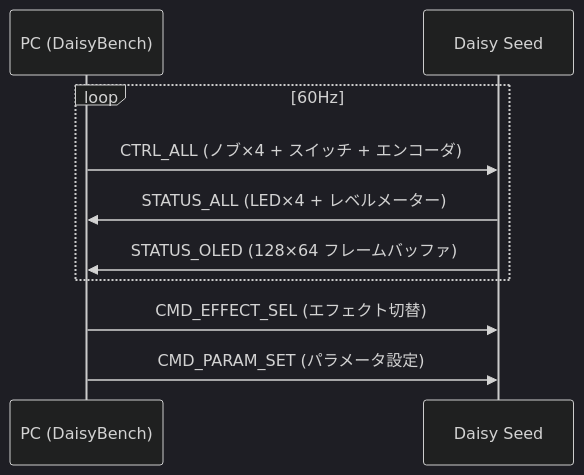
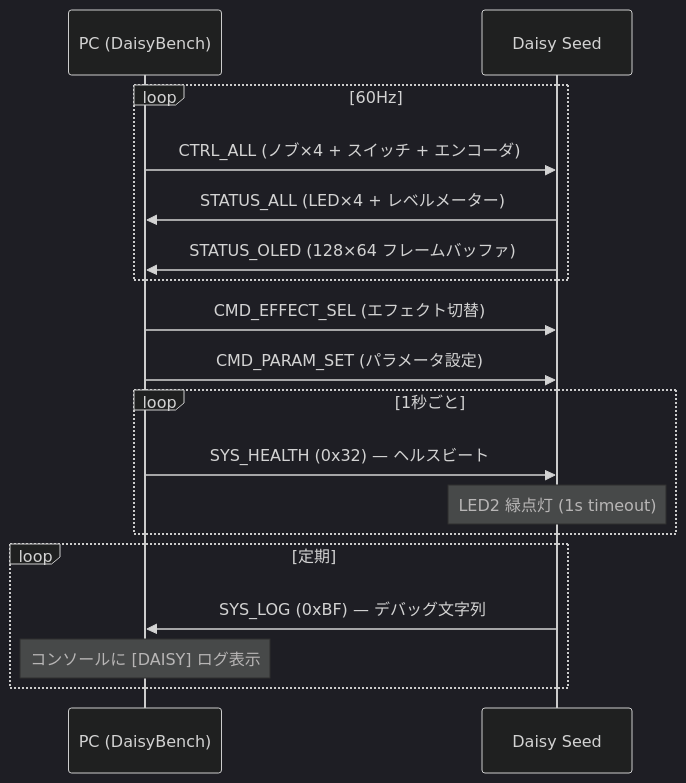
One commit to hiroyuki-s1/daisy_sim changed the fifth of 8 diagrams in README.md. Above: the diagram before and after it, drawn with Mermaid (dark theme). The commit also changed other lines of this file, not shown here.

Commit message:
Update README: add SYS_HEALTH/SYS_LOG and USB CDC init warning

````diff
--- a/README.md
+++ b/README.md
@@ -296,14 +296,24 @@
 ```mermaid
 sequenceDiagram
     participant PC as PC (DaisyBench)
     participant Daisy as Daisy Seed
 
     loop 60Hz
         PC->>Daisy: CTRL_ALL (ノブ×4 + スイッチ + エンコーダ)
         Daisy->>PC: STATUS_ALL (LED×4 + レベルメーター)
         Daisy->>PC: STATUS_OLED (128×64 フレームバッファ)
     end
 
     PC->>Daisy: CMD_EFFECT_SEL (エフェクト切替)
     PC->>Daisy: CMD_PARAM_SET (パラメータ設定)
+
+    loop 1秒ごと
+        PC->>Daisy: SYS_HEALTH (0x32) — ヘルスビート
+        Note over Daisy: LED2 緑点灯 (1s timeout)
+    end
+
+    loop 定期
+        Daisy->>PC: SYS_LOG (0xBF) — デバッグ文字列
+        Note over PC: コンソールに [DAISY] ログ表示
+    end
 ```
````
